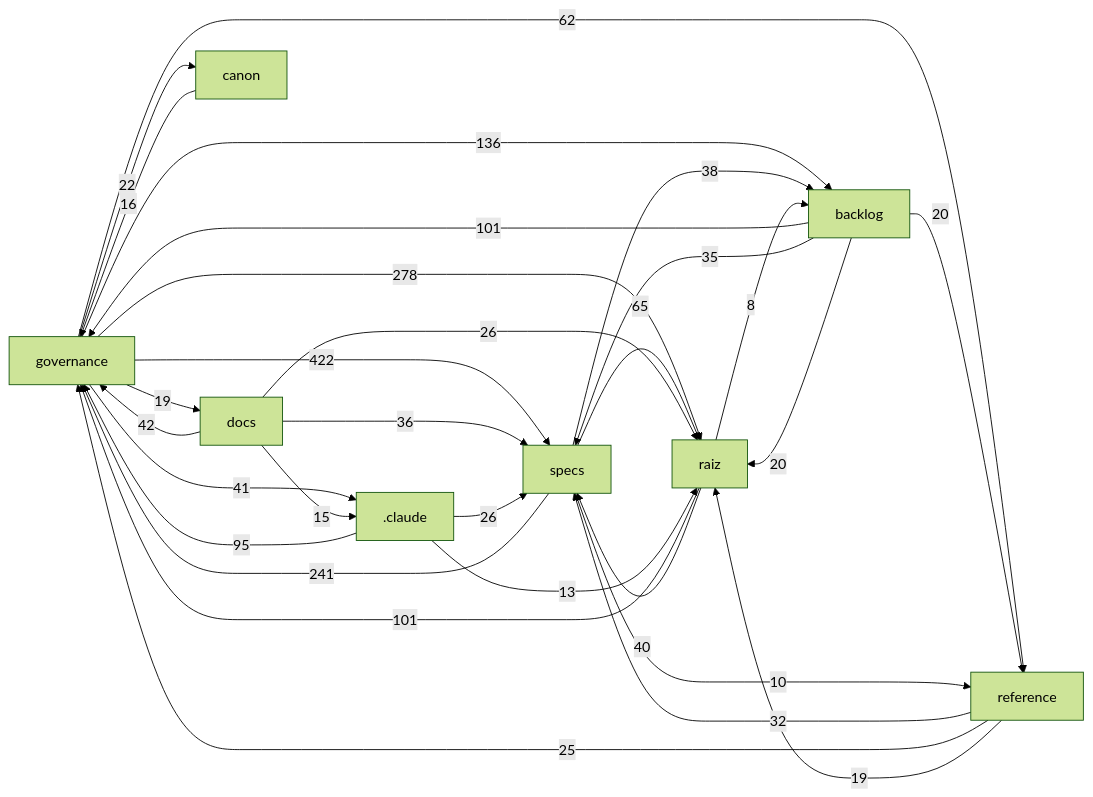
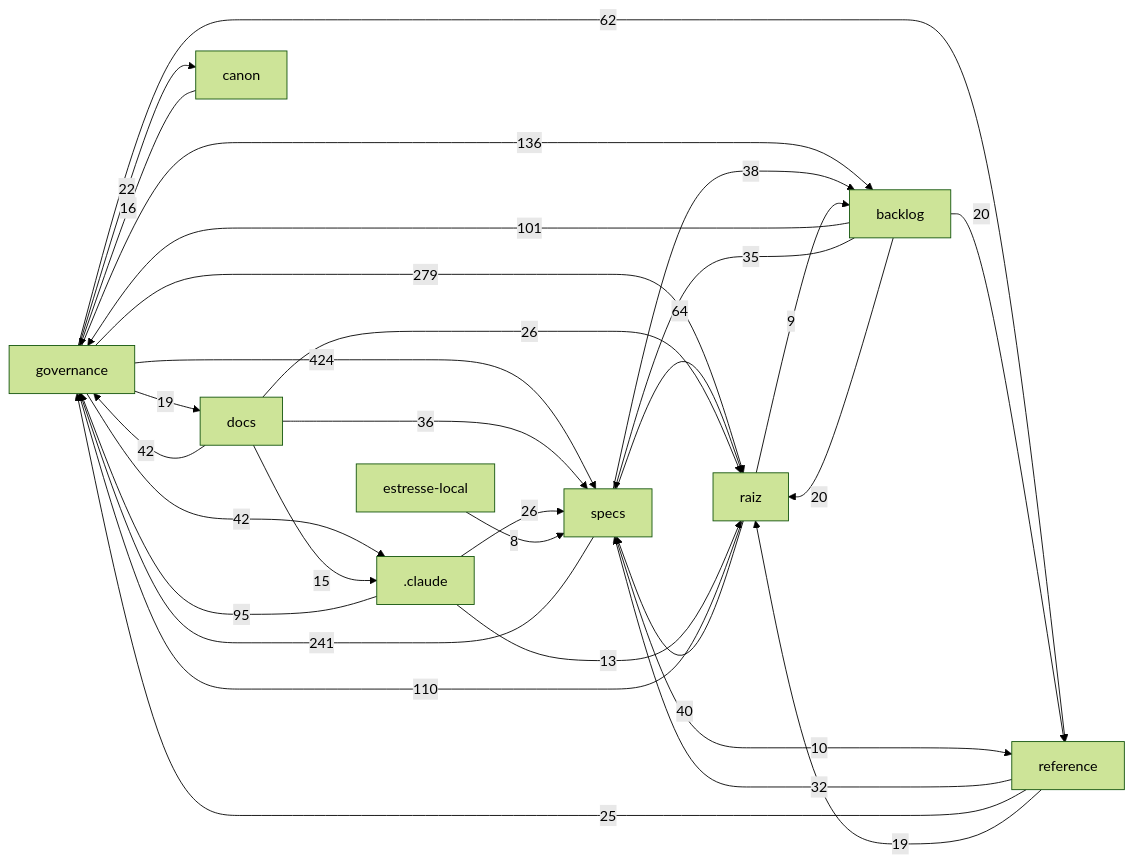
The diagram in docs/mapa/MAPA-PROJETO.md (Andraus35/Sistema-Operacional-de-Trading--SOT), drawn with Mermaid (forest theme) before and after one commit. The commit also changed other lines of this file and 3 other files, not shown here.

````diff
--- a/docs/mapa/MAPA-PROJETO.md
+++ b/docs/mapa/MAPA-PROJETO.md
@@ -29,32 +31,33 @@
 ```mermaid
 flowchart LR
-  governance["governance"] -->|422| specs["specs"]
-  governance["governance"] -->|278| raiz["raiz"]
+  governance["governance"] -->|424| specs["specs"]
+  governance["governance"] -->|279| raiz["raiz"]
   specs["specs"] -->|241| governance["governance"]
   governance["governance"] -->|136| backlog["backlog"]
-  raiz["raiz"] -->|101| governance["governance"]
+  raiz["raiz"] -->|110| governance["governance"]
   backlog["backlog"] -->|101| governance["governance"]
   _claude[".claude"] -->|95| governance["governance"]
-  specs["specs"] -->|65| raiz["raiz"]
+  specs["specs"] -->|64| raiz["raiz"]
   governance["governance"] -->|62| reference["reference"]
   docs["docs"] -->|42| governance["governance"]
-  governance["governance"] -->|41| _claude[".claude"]
+  governance["governance"] -->|42| _claude[".claude"]
   raiz["raiz"] -->|40| specs["specs"]
   specs["specs"] -->|38| backlog["backlog"]
   docs["docs"] -->|36| specs["specs"]
   backlog["backlog"] -->|35| specs["specs"]
   reference["reference"] -->|32| specs["specs"]
   _claude[".claude"] -->|26| specs["specs"]
   docs["docs"] -->|26| raiz["raiz"]
   reference["reference"] -->|25| governance["governance"]
   governance["governance"] -->|22| canon["canon"]
   backlog["backlog"] -->|20| raiz["raiz"]
   backlog["backlog"] -->|20| reference["reference"]
   governance["governance"] -->|19| docs["docs"]
   reference["reference"] -->|19| raiz["raiz"]
   canon["canon"] -->|16| governance["governance"]
   docs["docs"] -->|15| _claude[".claude"]
   _claude[".claude"] -->|13| raiz["raiz"]
   specs["specs"] -->|10| reference["reference"]
-  raiz["raiz"] -->|8| backlog["backlog"]
+  raiz["raiz"] -->|9| backlog["backlog"]
+  estresse_local["estresse-local"] -->|8| specs["specs"]
 ```
````
